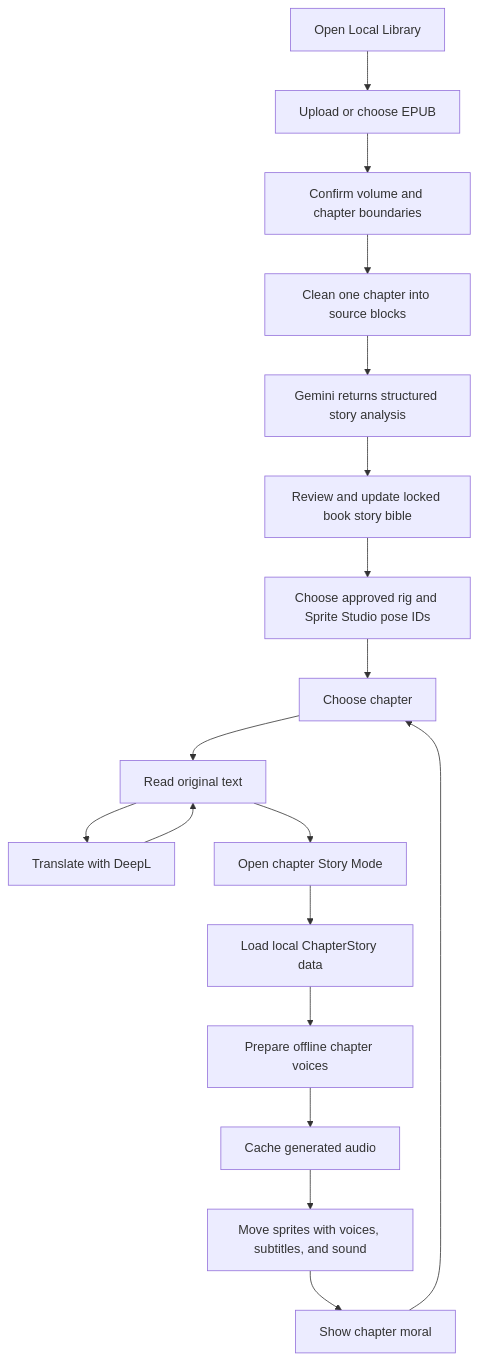
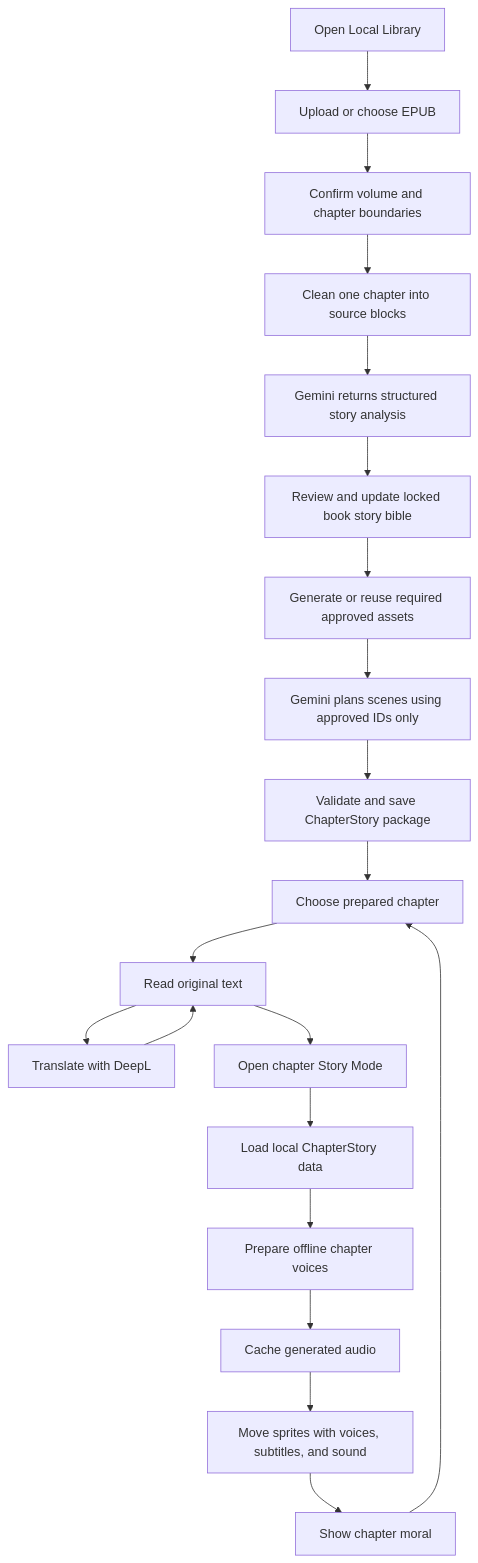
The diagram in docs/APP_FLOW.md (Jbeloz/StoryTale), drawn with Mermaid before and after one commit. The commit also changed other lines of this file and 20 other files, not shown here.

Commit message:
docs: add StoryTale master roadmap

````diff
--- a/docs/APP_FLOW.md
+++ b/docs/APP_FLOW.md
@@ -3,20 +3,22 @@
 ```mermaid
 flowchart TD
     A["Open Local Library"] --> B["Upload or choose EPUB"]
     B --> P["Confirm volume and chapter boundaries"]
     P --> R["Clean one chapter into source blocks"]
     R --> S["Gemini returns structured story analysis"]
     S --> Q["Review and update locked book story bible"]
-    Q --> T["Choose approved rig and Sprite Studio pose IDs"]
-    T --> C["Choose chapter"]
+    Q --> T["Generate or reuse required approved assets"]
+    T --> U["Gemini plans scenes using approved IDs only"]
+    U --> V["Validate and save ChapterStory package"]
+    V --> C["Choose prepared chapter"]
     C --> D["Read original text"]
     D --> E["Translate with DeepL"]
     D --> G["Open chapter Story Mode"]
     G --> H["Load local ChapterStory data"]
     H --> F["Prepare offline chapter voices"]
     F --> K["Cache generated audio"]
     K --> I["Move sprites with voices, subtitles, and sound"]
     I --> J["Show chapter moral"]
     E --> D
     J --> C
 ```
````
